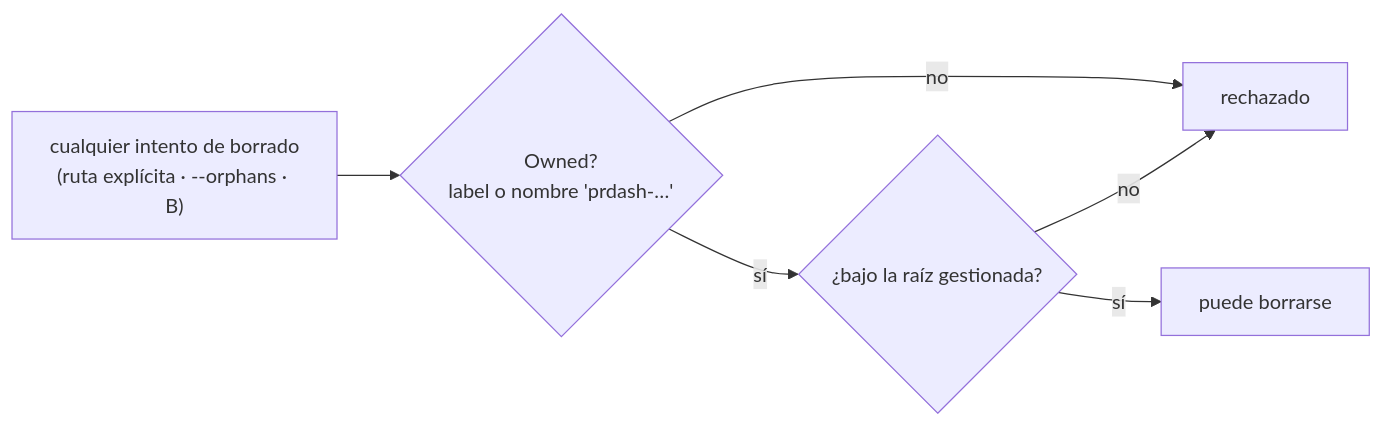
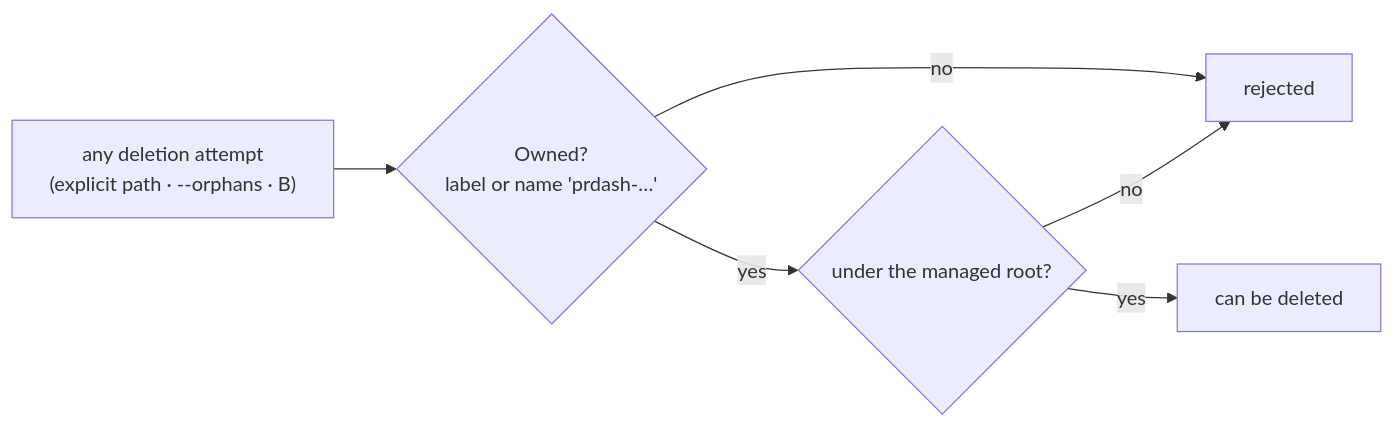
Before and after one commit to Sovengar/prdash: the third of 3 diagrams in docs/planning/archive/0004-worktrees-cleanup/diagrams/feature-flow.md, drawn with Mermaid. The commit also changed other lines of this file and 331 other files, not shown here.

````diff
--- a/docs/planning/archive/0004-worktrees-cleanup/diagrams/feature-flow.md
+++ b/docs/planning/archive/0004-worktrees-cleanup/diagrams/feature-flow.md
@@ -48,8 +48,8 @@
 ```mermaid
 flowchart LR
-  G0["cualquier intento de borrado<br/>(ruta explícita · --orphans · B)"] --> G1{"Owned?<br/>label o nombre 'prdash-…'"}
-  G1 -- "no" --> G2["rechazado"]
-  G1 -- "sí" --> G3{"¿bajo la raíz gestionada?"}
+  G0["any deletion attempt<br/>(explicit path · --orphans · B)"] --> G1{"Owned?<br/>label or name 'prdash-…'"}
+  G1 -- "no" --> G2["rejected"]
+  G1 -- "yes" --> G3{"under the managed root?"}
   G3 -- "no" --> G2
-  G3 -- "sí" --> G4["puede borrarse"]
+  G3 -- "yes" --> G4["can be deleted"]
 ```
````
